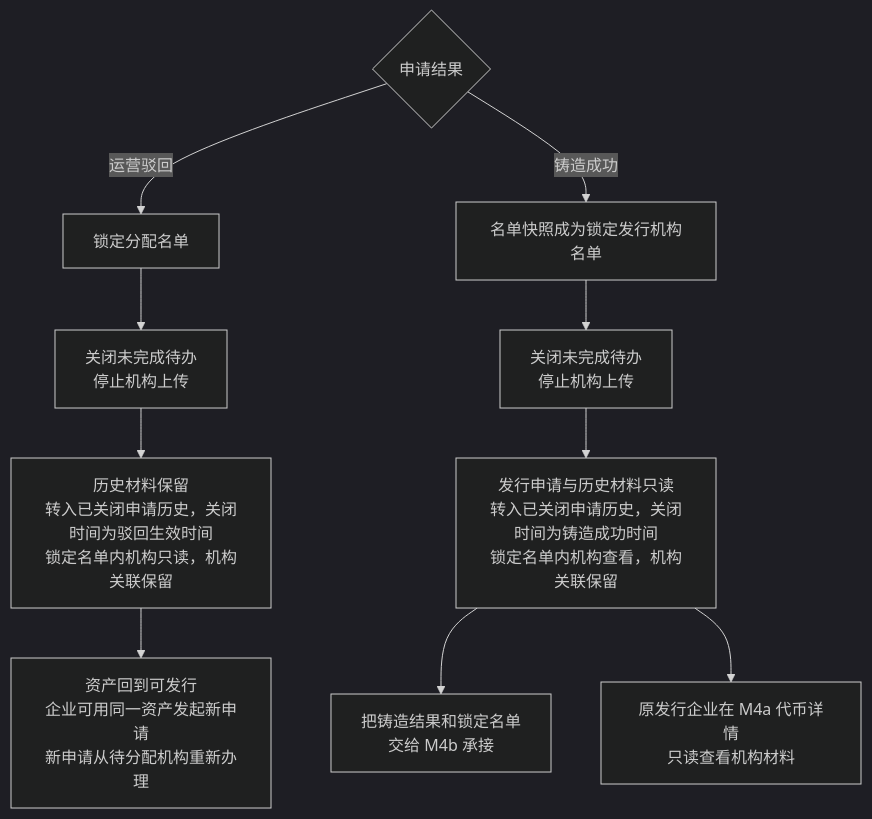
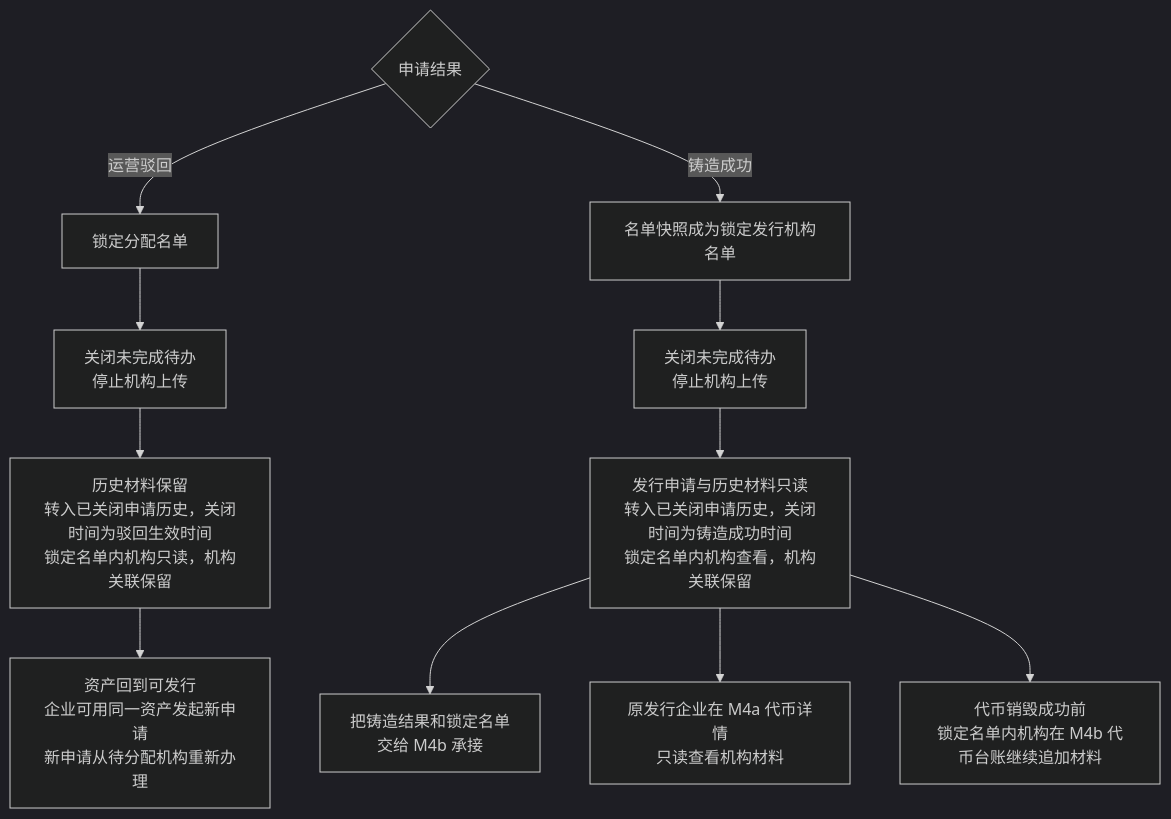
One commit to wxblockchain/Chain-Financing changed the third of 5 diagrams in token-issuance-platform/PRD/管理端/M3b-代币发行-审核与铸造/02-代币发行-审核与铸造-流程图与状态机.md. Above: the diagram before and after it, drawn with Mermaid (dark theme). The commit also changed other lines of this file and 20 other files, not shown here.

````diff
--- a/token-issuance-platform/PRD/管理端/M3b-代币发行-审核与铸造/02-代币发行-审核与铸造-流程图与状态机.md
+++ b/token-issuance-platform/PRD/管理端/M3b-代币发行-审核与铸造/02-代币发行-审核与铸造-流程图与状态机.md
@@ -91,12 +91,13 @@
 ```mermaid
 flowchart TD
     A{申请结果} -->|运营驳回| B[锁定分配名单]
     B --> C[关闭未完成待办<br/>停止机构上传]
     C --> D[历史材料保留<br/>转入已关闭申请历史，关闭时间为驳回生效时间<br/>锁定名单内机构只读，机构关联保留]
     D --> D2[资产回到可发行<br/>企业可用同一资产发起新申请<br/>新申请从待分配机构重新办理]
     A -->|铸造成功| E[名单快照成为锁定发行机构名单]
     E --> F[关闭未完成待办<br/>停止机构上传]
     F --> G[发行申请与历史材料只读<br/>转入已关闭申请历史，关闭时间为铸造成功时间<br/>锁定名单内机构查看，机构关联保留]
     G --> H[把铸造结果和锁定名单<br/>交给 M4b 承接]
     G --> I[原发行企业在 M4a 代币详情<br/>只读查看机构材料]
+    G --> J[代币销毁成功前<br/>锁定名单内机构在 M4b 代币台账继续追加材料]
 ```
````
